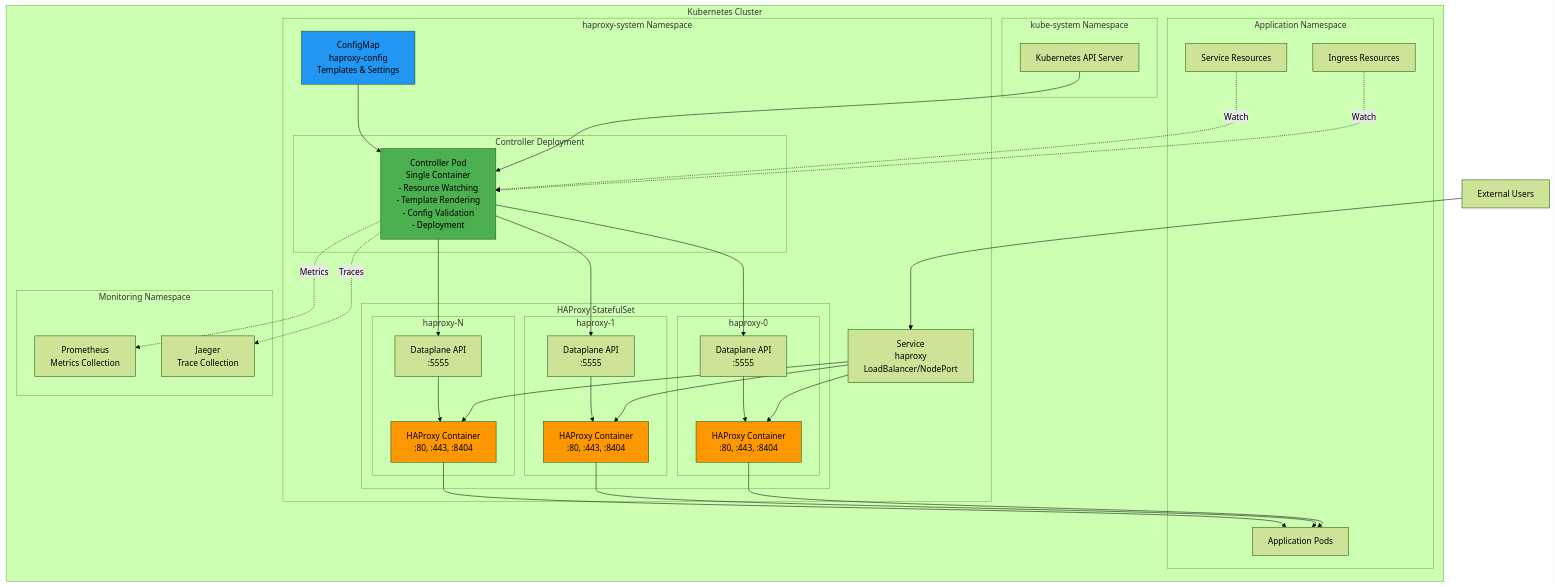
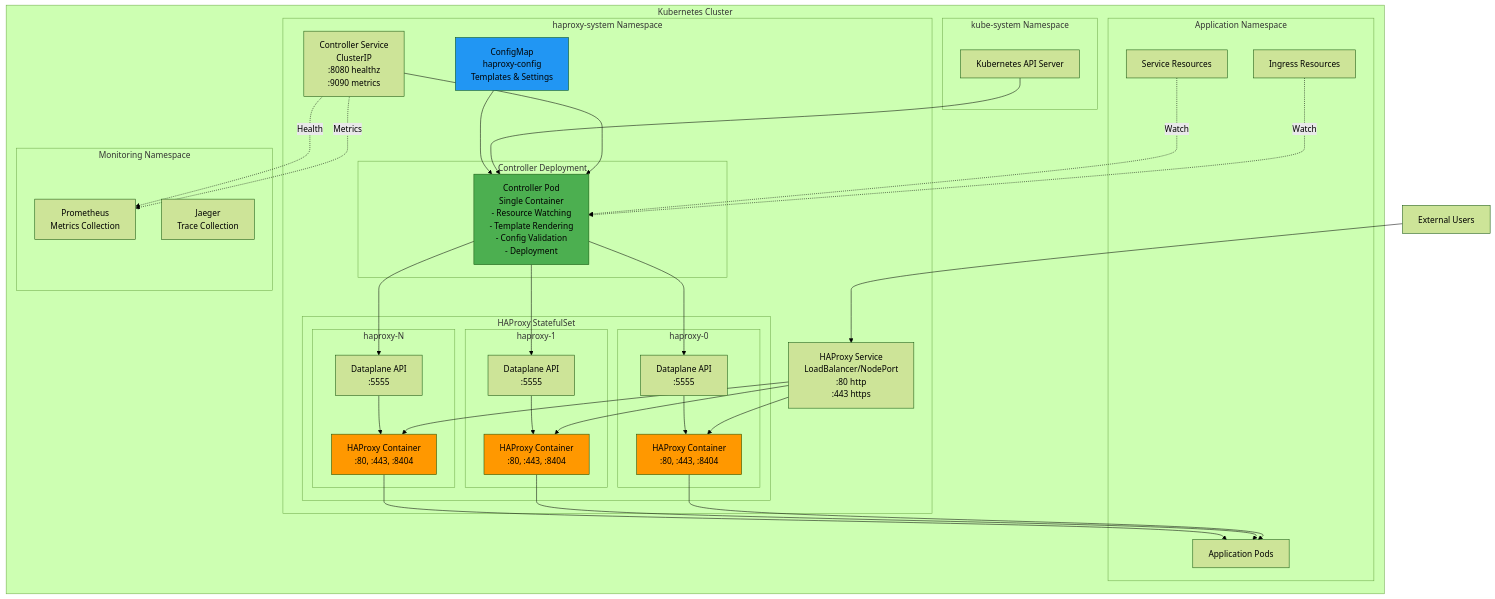
The first of 3 diagrams in docs/development/design/deployment.md (phihos/haproxy-template-ingress-controller), drawn with Mermaid (forest theme) before and after one commit. The commit also changed other lines of this file and 24 other files, not shown here.

First line of the commit message:
Add SSL passthrough support and refactor service architecture (#25)

````diff
--- a/docs/development/design/deployment.md
+++ b/docs/development/design/deployment.md
@@ -5,77 +5,80 @@
 ```mermaid
 graph TB
     subgraph "Kubernetes Cluster"
         subgraph "kube-system Namespace"
             API[Kubernetes API Server]
         end
 
         subgraph "haproxy-system Namespace"
             subgraph "Controller Deployment"
                 CTRL_POD[Controller Pod<br/>Single Container<br/>- Resource Watching<br/>- Template Rendering<br/>- Config Validation<br/>- Deployment]
             end
 
             CM[ConfigMap<br/>haproxy-config<br/>Templates & Settings]
+
+            CTRL_SVC[Controller Service<br/>ClusterIP<br/>:8080 healthz<br/>:9090 metrics]
 
             subgraph "HAProxy StatefulSet"
                 subgraph "haproxy-0"
                     HAP1[HAProxy Container<br/>:80, :443, :8404]
                     DP1[Dataplane API<br/>:5555]
                 end
 
                 subgraph "haproxy-1"
                     HAP2[HAProxy Container<br/>:80, :443, :8404]
                     DP2[Dataplane API<br/>:5555]
                 end
 
                 subgraph "haproxy-N"
                     HAPN[HAProxy Container<br/>:80, :443, :8404]
                     DPN[Dataplane API<br/>:5555]
                 end
             end
 
-            SVC[Service<br/>haproxy<br/>LoadBalancer/NodePort]
+            HAP_SVC[HAProxy Service<br/>LoadBalancer/NodePort<br/>:80 http<br/>:443 https]
         end
 
         subgraph "Application Namespace"
             ING[Ingress Resources]
             APPSVC[Service Resources]
             PODS[Application Pods]
         end
 
         subgraph "Monitoring Namespace"
             PROM[Prometheus<br/>Metrics Collection]
             JAEGER[Jaeger<br/>Trace Collection]
         end
     end
 
-    USERS[External Users] --> SVC
-    SVC --> HAP1
-    SVC --> HAP2
-    SVC --> HAPN
+    USERS[External Users] --> HAP_SVC
+    HAP_SVC --> HAP1
+    HAP_SVC --> HAP2
+    HAP_SVC --> HAPN
 
+    CTRL_SVC --> CTRL_POD
     API --> CTRL_POD
     CM --> CTRL_POD
     ING -.Watch.-> CTRL_POD
     APPSVC -.Watch.-> CTRL_POD
 
     CTRL_POD --> DP1
     CTRL_POD --> DP2
     CTRL_POD --> DPN
 
     DP1 --> HAP1
     DP2 --> HAP2
     DPN --> HAPN
 
     HAP1 --> PODS
     HAP2 --> PODS
     HAPN --> PODS
 
-    CTRL_POD -.Metrics.-> PROM
-    CTRL_POD -.Traces.-> JAEGER
+    CTRL_SVC -.Metrics.-> PROM
+    CTRL_SVC -.Health.-> PROM
 
     style CTRL_POD fill:#4CAF50
     style HAP1 fill:#FF9800
     style HAP2 fill:#FF9800
     style HAPN fill:#FF9800
     style CM fill:#2196F3
 ```
````
